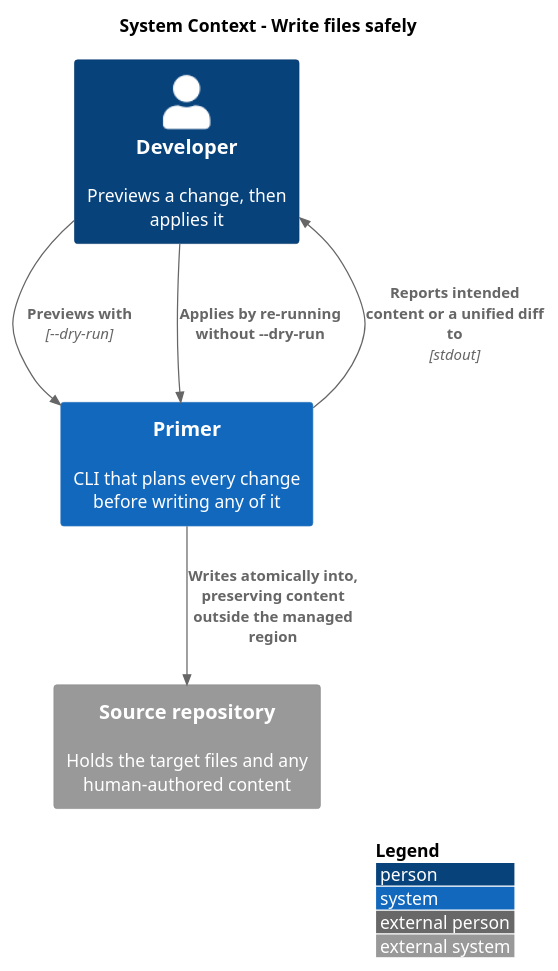
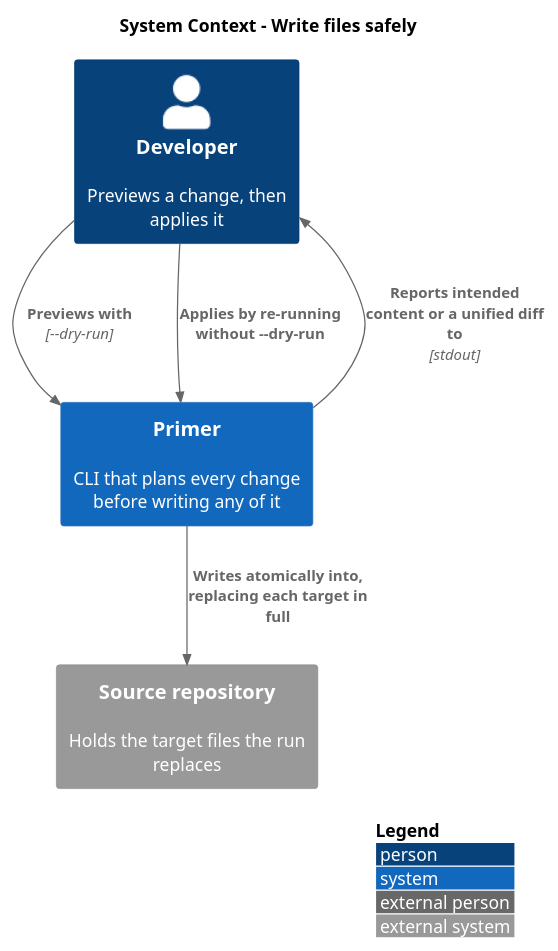
Before and after one commit to QuinntyneBrown/primer: the diagram in docs/detailed-designs/agent-file-generation/write-files-safely/diagrams/c4-context.puml, drawn with PlantUML. The commit also changed 53 other files, not shown here.

```diff
--- a/docs/detailed-designs/agent-file-generation/write-files-safely/diagrams/c4-context.puml
+++ b/docs/detailed-designs/agent-file-generation/write-files-safely/diagrams/c4-context.puml
@@ -1,14 +1,14 @@
 @startuml
 !include <C4/C4_Context>
 LAYOUT_WITH_LEGEND()
 title System Context - Write files safely
 
 Person(dev, "Developer", "Previews a change, then applies it")
 System(primer, "Primer", "CLI that plans every change before writing any of it")
-System_Ext(repo, "Source repository", "Holds the target files and any human-authored content")
+System_Ext(repo, "Source repository", "Holds the target files the run replaces")
 
 Rel(dev, primer, "Previews with", "--dry-run")
 Rel(primer, dev, "Reports intended content or a unified diff to", "stdout")
 Rel(dev, primer, "Applies by re-running without --dry-run")
-Rel(primer, repo, "Writes atomically into, preserving content outside the managed region")
+Rel(primer, repo, "Writes atomically into, replacing each target in full")
 @enduml
```
